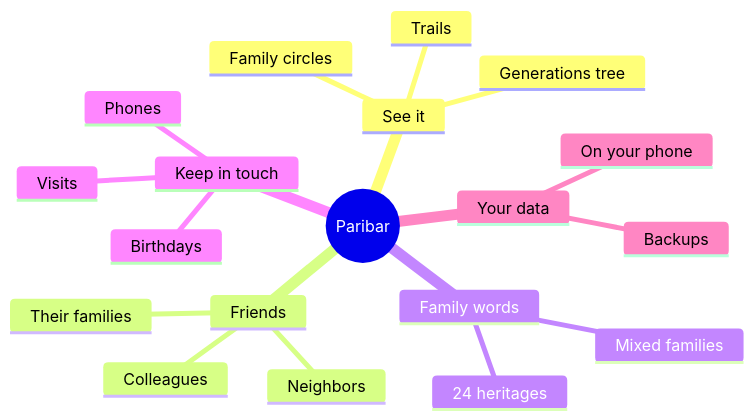
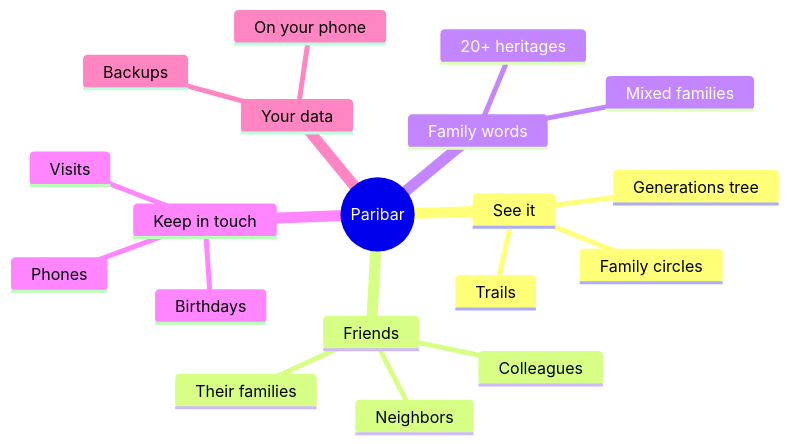
The fifth of 10 diagrams in README.md (akaseahawk/paribar-family-tree), drawn with Mermaid before and after one commit. The commit also changed other lines of this file and 5 other files, not shown here.

````diff
--- a/README.md
+++ b/README.md
@@ -89,22 +120,22 @@
 ```mermaid
 mindmap
   root((Paribar))
     See it
       Generations tree
       Family circles
       Trails
     Friends
       Neighbors
       Colleagues
       Their families
     Family words
-      24 heritages
+      20+ heritages
       Mixed families
     Keep in touch
       Phones
       Birthdays
       Visits
     Your data
       On your phone
       Backups
 ```
````
